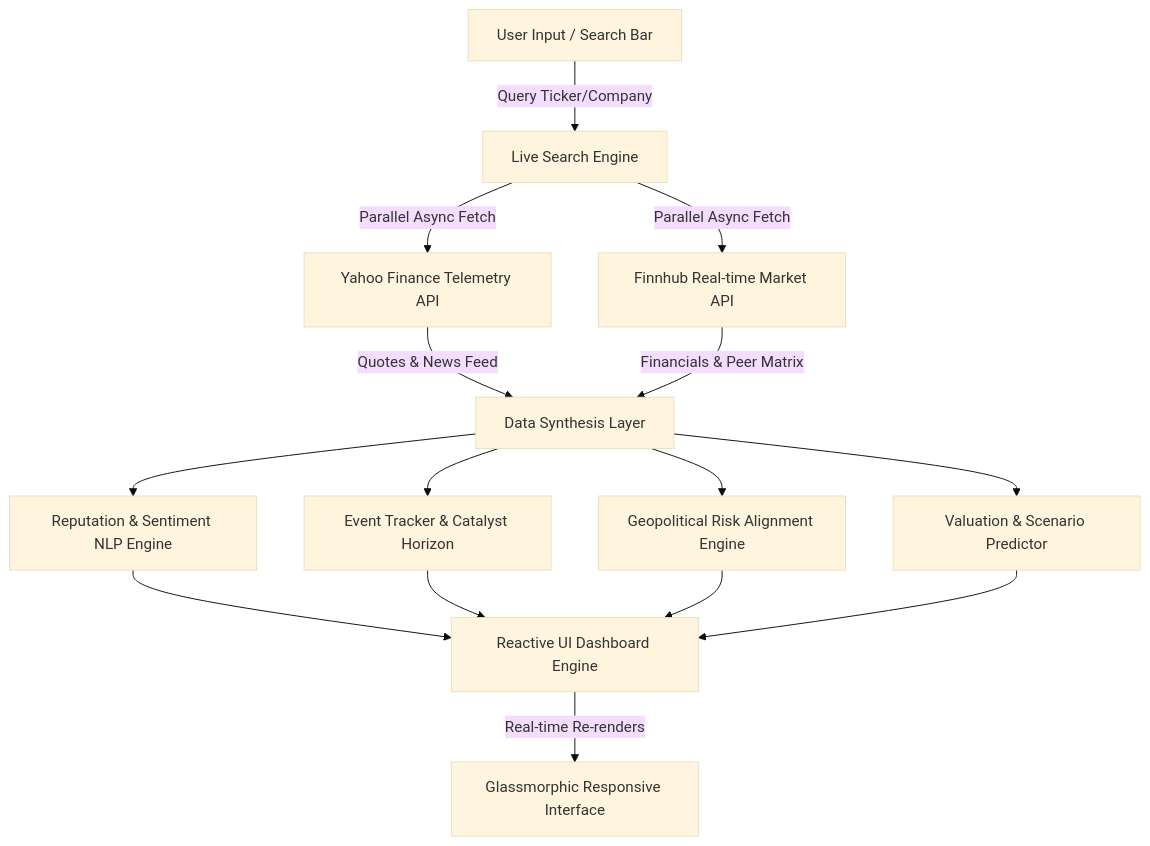
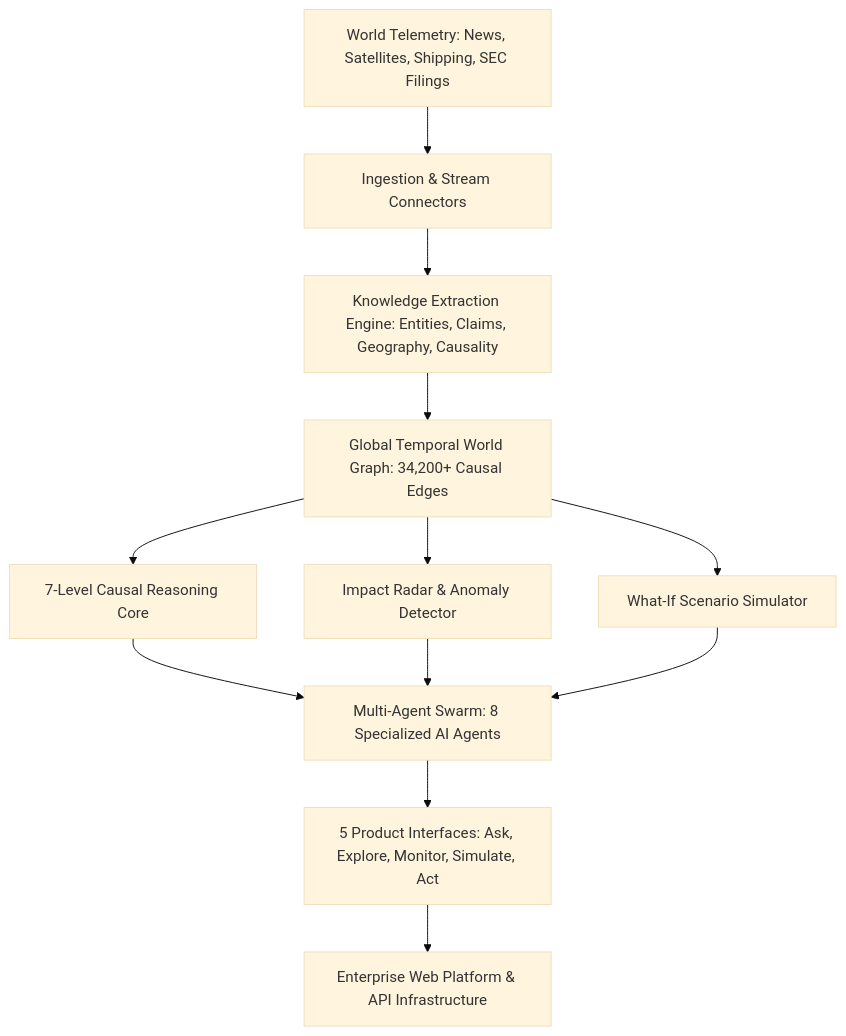
Before and after one commit to gnshx/vibe-trading: the diagram in README.md, drawn with Mermaid (base theme). The commit also changed other lines of this file and 15 other files, not shown here.

Commit message:
feat: transform Vibe Trading into Global Impact Intelligence Engine (World Graph, Downstream Causal Propagation, Impact Radar, Scenario Simulator)

````diff
--- a/README.md
+++ b/README.md
@@ -56,17 +63,14 @@
 ```mermaid
 flowchart TD
-    A[User Input / Search Bar] -->|Query Ticker/Company| B[Live Search Engine]
-    B -->|Parallel Async Fetch| C1[Yahoo Finance Telemetry API]
-    B -->|Parallel Async Fetch| C2[Finnhub Real-time Market API]
+    A[World Telemetry: News, Satellites, Shipping, SEC Filings] --> B[Ingestion & Stream Connectors]
+    B --> C[Knowledge Extraction Engine: Entities, Claims, Geography, Causality]
+    C --> D[Global Temporal World Graph: 34,200+ Causal Edges]
     
-    C1 -->|Quotes & News Feed| D[Data Synthesis Layer]
-    C2 -->|Financials & Peer Matrix| D
+    D --> E1[7-Level Causal Reasoning Core]
+    D --> E2[Impact Radar & Anomaly Detector]
+    D --> E3[What-If Scenario Simulator]
     
-    D --> E1[Reputation & Sentiment NLP Engine]
-    D --> E2[Event Tracker & Catalyst Horizon]
-    D --> E3[Geopolitical Risk Alignment Engine]
-    D --> E4[Valuation & Scenario Predictor]
-    
-    E1 & E2 & E3 & E4 --> F[Reactive UI Dashboard Engine]
-    F -->|Real-time Re-renders| G[Glassmorphic Responsive Interface]
+    E1 & E2 & E3 --> F[Multi-Agent Swarm: 8 Specialized AI Agents]
+    F --> G[5 Product Interfaces: Ask, Explore, Monitor, Simulate, Act]
+    G --> H[Enterprise Web Platform & API Infrastructure]
 ```
````
